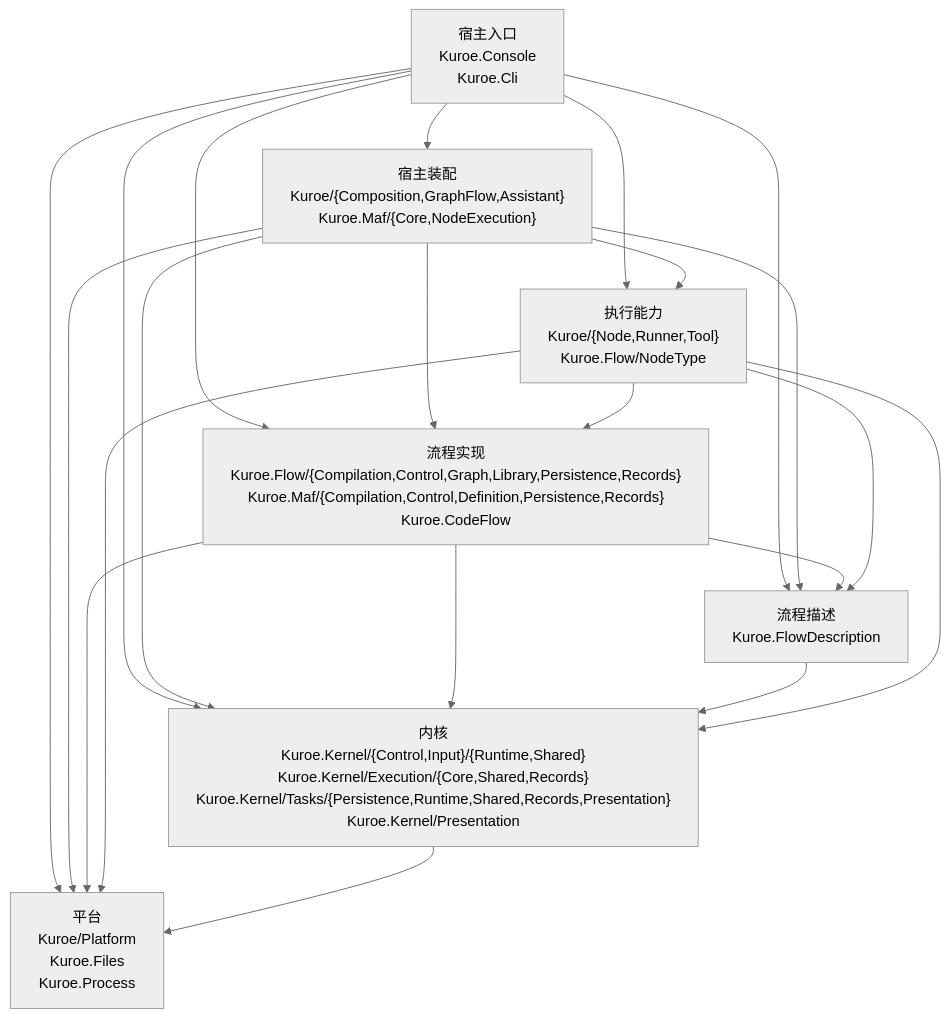
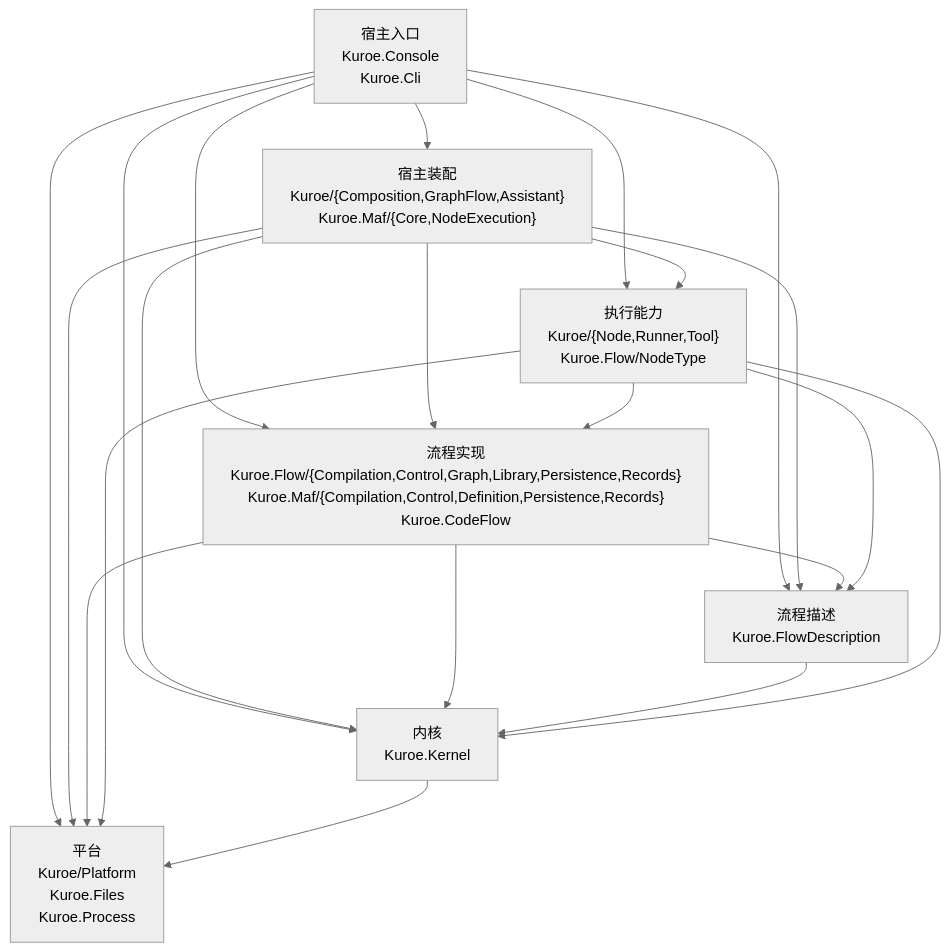
The diagram in docs/dev/architecture/functional-boundary/index.md (DrMelt/Kuroe), drawn with Mermaid (neutral theme) before and after one commit.

Commit message:
项目结构图内核节点合并为 Kuroe.Kernel

````diff
--- a/docs/dev/architecture/functional-boundary/index.md
+++ b/docs/dev/architecture/functional-boundary/index.md
@@ -3,31 +3,31 @@
 ```mermaid
 flowchart TD
     LEntry["宿主入口<br>Kuroe.Console<br>Kuroe.Cli"]
     LAssembly["宿主装配<br>Kuroe/{Composition,GraphFlow,Assistant}<br>Kuroe.Maf/{Core,NodeExecution}"]
     LFlow["流程实现<br>Kuroe.Flow/{Compilation,Control,Graph,Library,Persistence,Records}<br>Kuroe.Maf/{Compilation,Control,Definition,Persistence,Records}<br>Kuroe.CodeFlow"]
     LDescription["流程描述<br>Kuroe.FlowDescription"]
     LAbility["执行能力<br>Kuroe/{Node,Runner,Tool}<br>Kuroe.Flow/NodeType"]
-    LKernel["内核<br>Kuroe.Kernel/{Control,Input}/{Runtime,Shared}<br>Kuroe.Kernel/Execution/{Core,Shared,Records}<br>Kuroe.Kernel/Tasks/{Persistence,Runtime,Shared,Records,Presentation}<br>Kuroe.Kernel/Presentation"]
+    LKernel["内核<br>Kuroe.Kernel"]
     LPlatform["平台<br>Kuroe/Platform<br>Kuroe.Files<br>Kuroe.Process"]
 
     LEntry --> LAssembly
     LEntry --> LFlow
     LEntry --> LDescription
     LEntry --> LAbility
     LEntry --> LKernel
     LEntry --> LPlatform
     LAssembly --> LFlow
     LAssembly --> LDescription
     LAssembly --> LAbility
     LAssembly --> LKernel
     LAssembly --> LPlatform
     LFlow --> LDescription
     LFlow --> LKernel
     LFlow --> LPlatform
     LDescription --> LKernel
     LAbility --> LFlow
     LAbility --> LDescription
     LAbility --> LKernel
     LAbility --> LPlatform
     LKernel --> LPlatform
 ```
````
